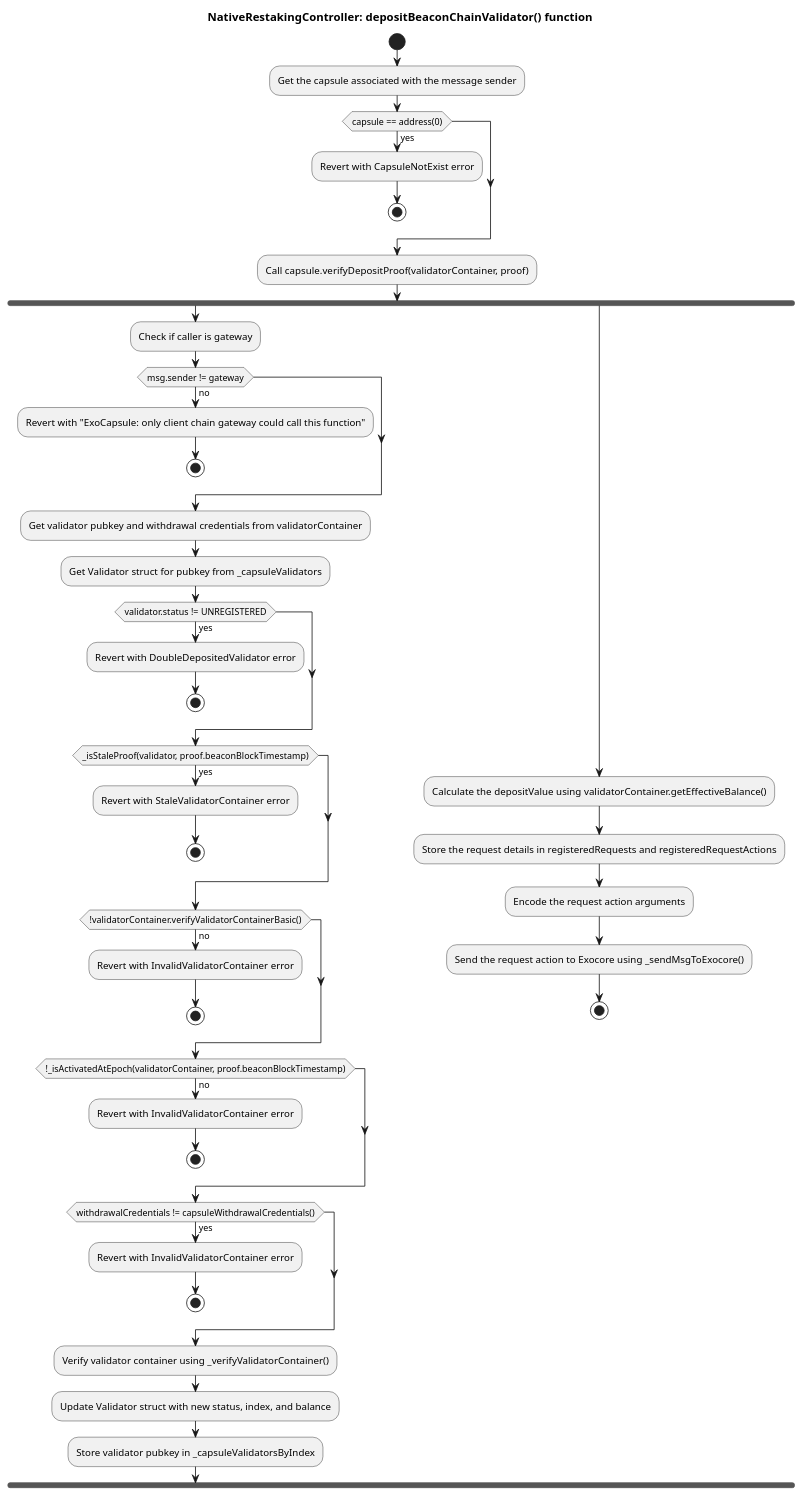
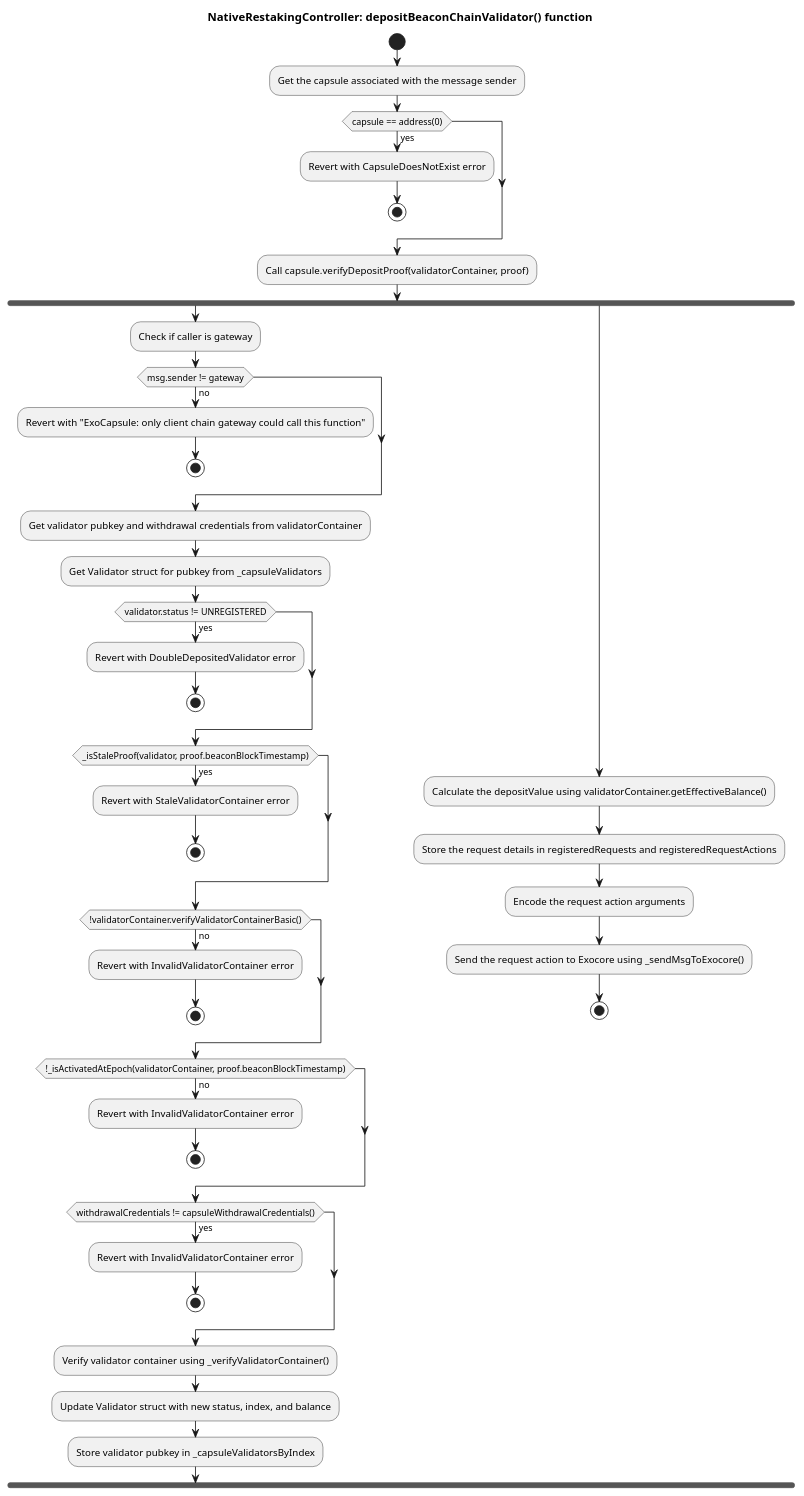
One commit to ExocoreNetwork/exocore-contracts changed the second of 2 diagrams in docs/native_deposit_workflow.wsd. Above: the diagram before and after it, drawn with PlantUML. The commit also changed 6 other files, not shown here.

```diff
--- a/docs/native_deposit_workflow.wsd
+++ b/docs/native_deposit_workflow.wsd
@@ -67,61 +67,61 @@
 @startuml
 title NativeRestakingController: depositBeaconChainValidator() function
 
 start
 
 :Get the capsule associated with the message sender;
 if (capsule == address(0)) then (yes)
-    :Revert with CapsuleNotExist error;
+    :Revert with CapsuleDoesNotExist error;
     stop
 endif
 
 :Call capsule.verifyDepositProof(validatorContainer, proof);
 fork
     :Check if caller is gateway;
     if (msg.sender != gateway) then (no)
         :Revert with "ExoCapsule: only client chain gateway could call this function";
         stop
     endif
 
     :Get validator pubkey and withdrawal credentials from validatorContainer;
     :Get Validator struct for pubkey from _capsuleValidators;
 
     if (validator.status != UNREGISTERED) then (yes)
         :Revert with DoubleDepositedValidator error;
         stop
     endif
 
     if (_isStaleProof(validator, proof.beaconBlockTimestamp)) then (yes)
         :Revert with StaleValidatorContainer error;
         stop
     endif
 
     if (!validatorContainer.verifyValidatorContainerBasic()) then (no)
         :Revert with InvalidValidatorContainer error;
         stop
     endif
 
     if (!_isActivatedAtEpoch(validatorContainer, proof.beaconBlockTimestamp)) then (no)
         :Revert with InvalidValidatorContainer error;
         stop
     endif
 
     if (withdrawalCredentials != capsuleWithdrawalCredentials()) then (yes)
         :Revert with InvalidValidatorContainer error;
         stop
     endif
 
     :Verify validator container using _verifyValidatorContainer();
     :Update Validator struct with new status, index, and balance;
     :Store validator pubkey in _capsuleValidatorsByIndex;
 fork again
 
 :Calculate the depositValue using validatorContainer.getEffectiveBalance();
 :Store the request details in registeredRequests and registeredRequestActions;
 
 :Encode the request action arguments;
 :Send the request action to Exocore using _sendMsgToExocore();
 
 stop
 
 @enduml
```
